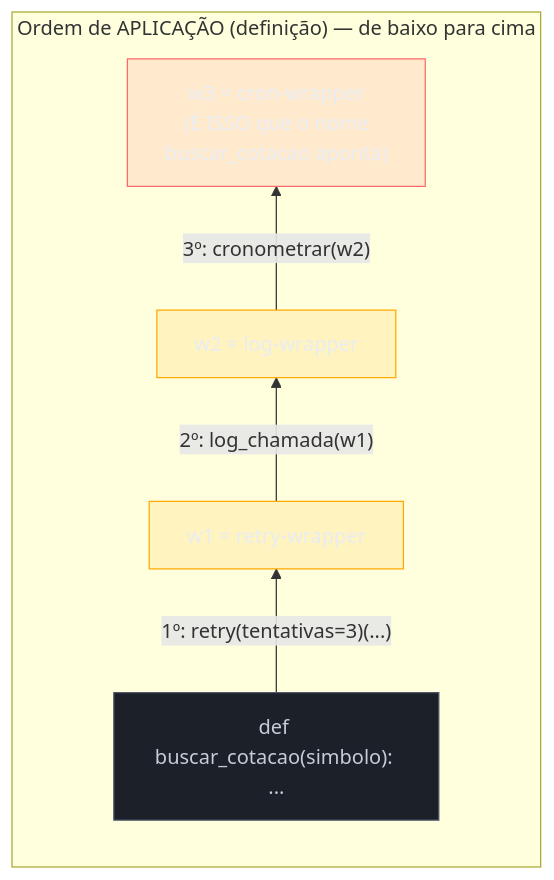
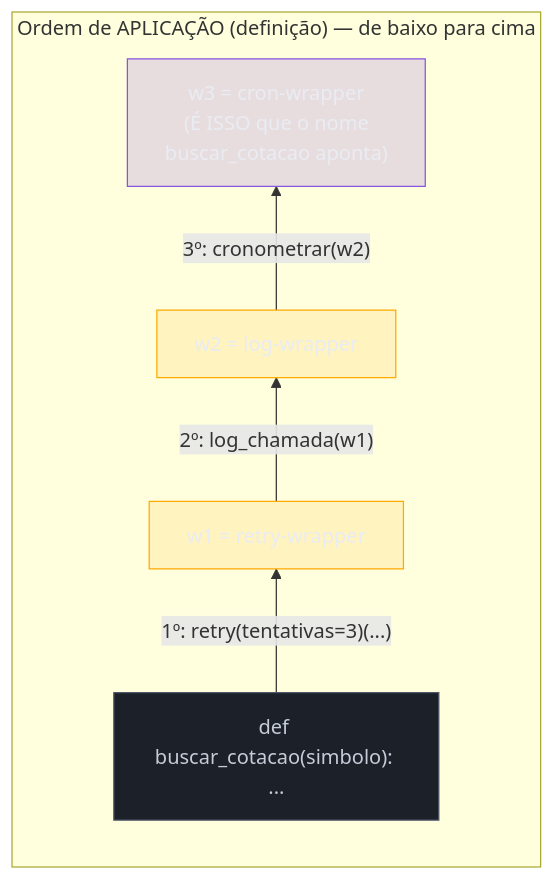
Before and after one commit to josenaldo/codex-technomanticus: the second of 4 diagrams in 03-Dominios/Tecnologia/Python/Funcional e idiomas avançados/06 - Decorators com argumentos e functools.wraps.md, drawn with Mermaid. The commit also changed other lines of this file and 601 other files, not shown here.

````diff
--- a/03-Dominios/Tecnologia/Python/Funcional e idiomas avançados/06 - Decorators com argumentos e functools.wraps.md
+++ b/03-Dominios/Tecnologia/Python/Funcional e idiomas avançados/06 - Decorators com argumentos e functools.wraps.md
@@ -278,17 +278,17 @@
 ```mermaid
 flowchart BT
+    classDef marca fill:#8855DF33,stroke:#8855DF,color:#E9ECF2
     classDef neutro fill:#1B2029,stroke:#4E5666,color:#C6CCD8
     classDef destaque fill:#FFAA0024,stroke:#FFAA00,color:#E9ECF2
-    classDef falha fill:#FF6B6B24,stroke:#FF6B6B,color:#E9ECF2
     subgraph Definicao["Ordem de APLICAÇÃO (definição) — de baixo para cima"]
         direction BT
         F["def buscar_cotacao(simbolo): ..."] -->|"1º: retry(tentativas=3)(...)"| W1["w1 = retry-wrapper"]
         W1 -->|"2º: log_chamada(w1)"| W2["w2 = log-wrapper"]
         W2 -->|"3º: cronometrar(w2)"| W3["w3 = cron-wrapper<br/>(É ISSO que o nome<br/>buscar_cotacao aponta)"]
     end
 
     class F neutro
     class W1 destaque
     class W2 destaque
-    class W3 falha
+    class W3 marca
 ```
````
